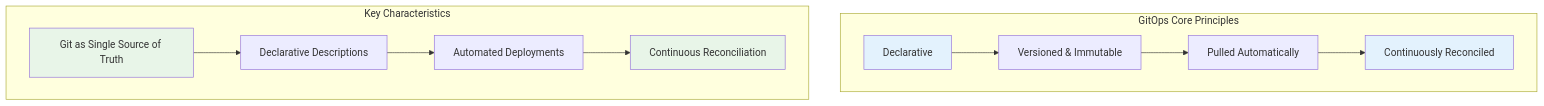
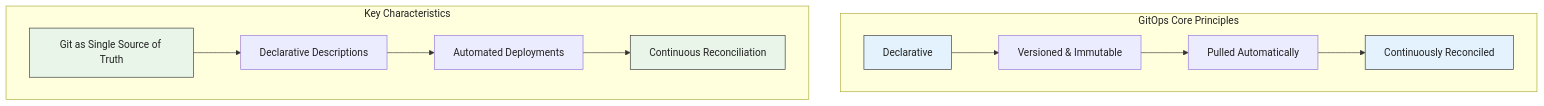
Before and after one commit to svenkatrav0408/ArgoCD-config: the third of 8 diagrams in GitOps_document.md, drawn with Mermaid. The commit also changed other lines of this file, not shown here.

````diff
--- a/GitOps_document.md
+++ b/GitOps_document.md
@@ -104,19 +106,20 @@
 ```mermaid
+%%{init: {'theme':'default', 'themeVariables': { 'background': '#ffffff', 'primaryColor': '#e3f2fd', 'edgeLabelBackground':'#fff', 'textColor':'#222'}} }%%
 graph TB
     subgraph "GitOps Core Principles"
         A[Declarative] --> B[Versioned & Immutable]
         B --> C[Pulled Automatically]
         C --> D[Continuously Reconciled]
     end
-    
+
     subgraph "Key Characteristics"
         E[Git as Single Source of Truth] --> F[Declarative Descriptions]
         F --> G[Automated Deployments]
         G --> H[Continuous Reconciliation]
     end
-    
-    style A fill:#e3f2fd
-    style D fill:#e3f2fd
-    style E fill:#e8f5e8
-    style H fill:#e8f5e8
+
+    style A fill:#e3f2fd,stroke:#333,stroke-width:1px
+    style D fill:#e3f2fd,stroke:#333,stroke-width:1px
+    style E fill:#e8f5e8,stroke:#333,stroke-width:1px
+    style H fill:#e8f5e8,stroke:#333,stroke-width:1px
 ```
````
